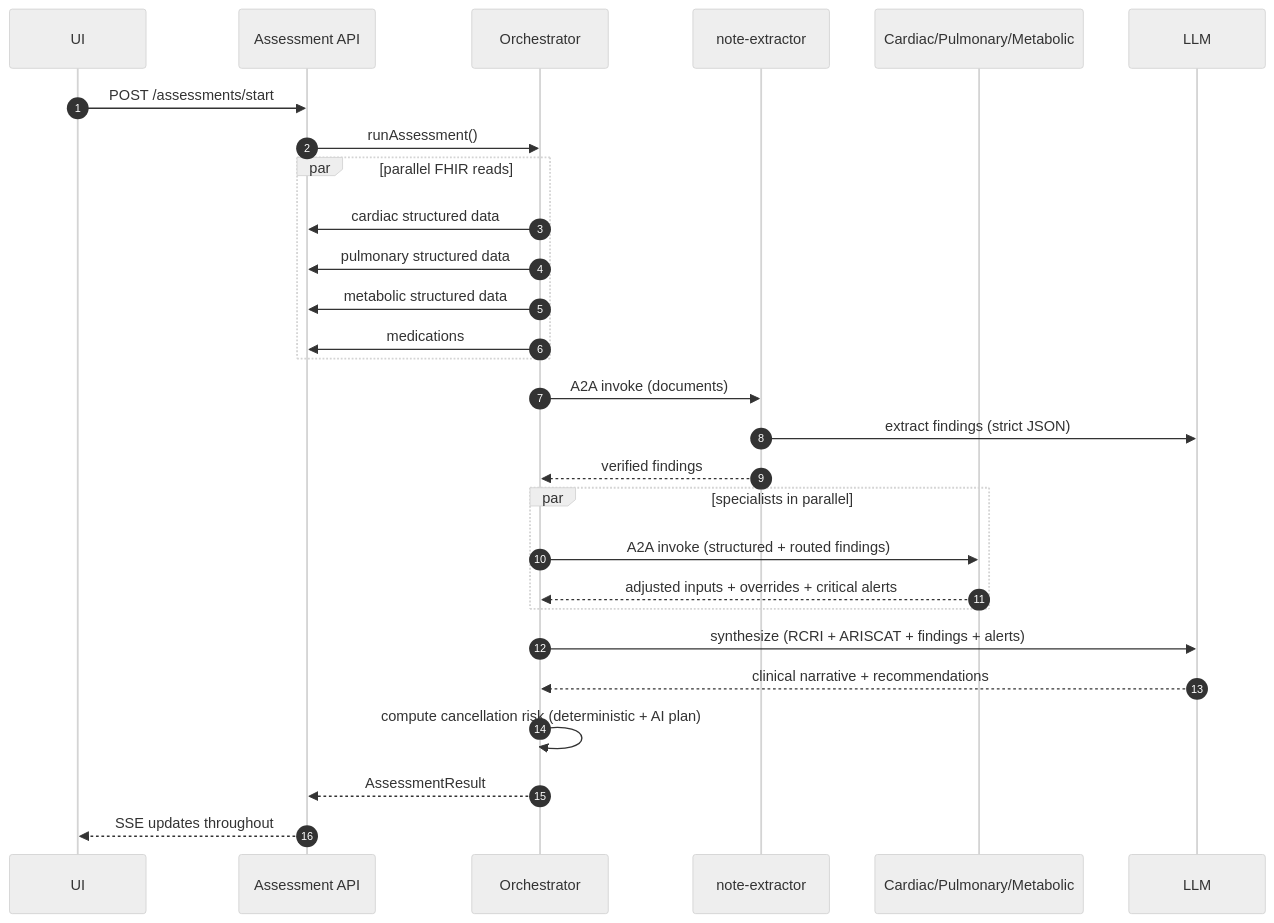
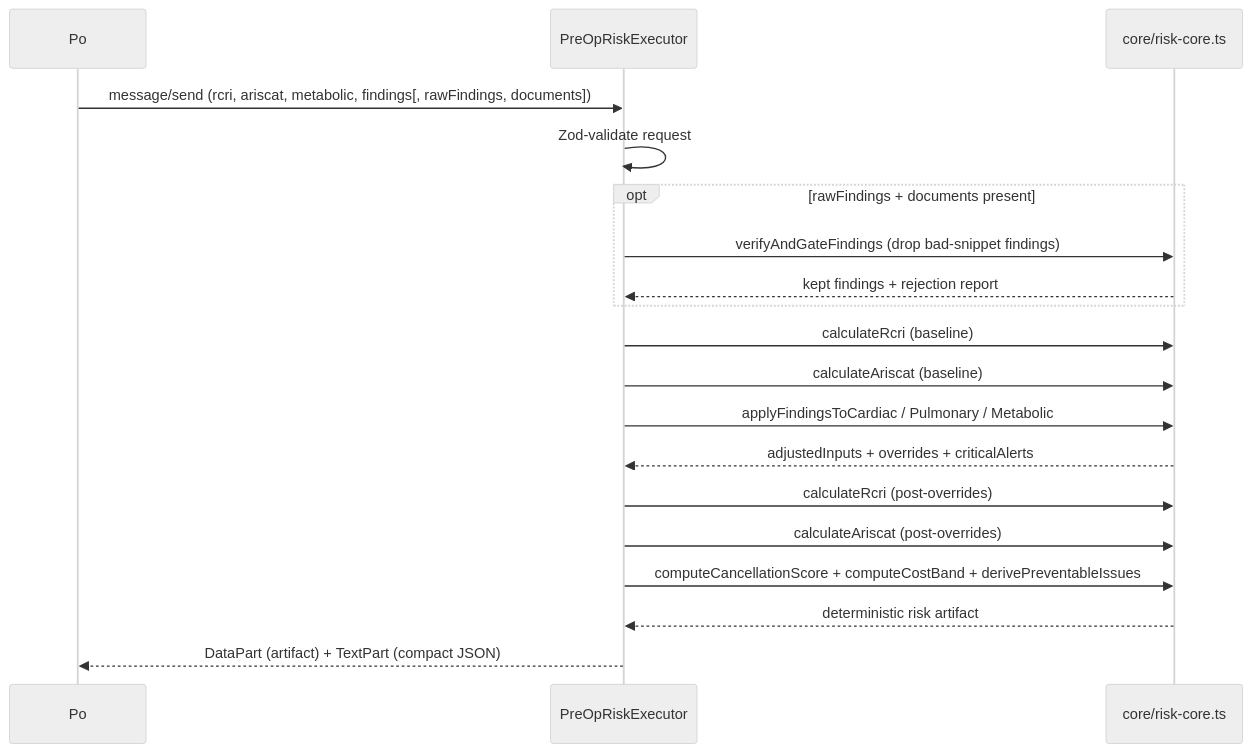
Before and after one commit to yatinkalra22/preop-intel: the second of 2 diagrams in docs/ARCHITECTURE.md, drawn with Mermaid (neutral theme). The commit also changed other lines of this file and 62 other files, not shown here.

Commit message:
refactor(po): collapse to Po-only architecture, fix audit findings

````diff
--- a/docs/ARCHITECTURE.md
+++ b/docs/ARCHITECTURE.md
@@ -131,31 +148,22 @@
 ```mermaid
 sequenceDiagram
-    autonumber
-    participant UI
-    participant API as Assessment API
-    participant Orch as Orchestrator
-    participant NX as note-extractor
-    participant Spec as Cardiac/Pulmonary/Metabolic
-    participant LLM
+    participant Po
+    participant Exec as PreOpRiskExecutor
+    participant Core as core/risk-core.ts
 
-    UI->>API: POST /assessments/start
-    API->>Orch: runAssessment()
-    par parallel FHIR reads
-      Orch->>API: cardiac structured data
-      Orch->>API: pulmonary structured data
-      Orch->>API: metabolic structured data
-      Orch->>API: medications
+    Po->>Exec: message/send (rcri, ariscat, metabolic, findings[, rawFindings, documents])
+    Exec->>Exec: Zod-validate request
+    opt rawFindings + documents present
+      Exec->>Core: verifyAndGateFindings (drop bad-snippet findings)
+      Core-->>Exec: kept findings + rejection report
     end
-    Orch->>NX: A2A invoke (documents)
-    NX->>LLM: extract findings (strict JSON)
-    NX-->>Orch: verified findings
-    par specialists in parallel
-      Orch->>Spec: A2A invoke (structured + routed findings)
-      Spec-->>Orch: adjusted inputs + overrides + critical alerts
-    end
-    Orch->>LLM: synthesize (RCRI + ARISCAT + findings + alerts)
-    LLM-->>Orch: clinical narrative + recommendations
-    Orch->>Orch: compute cancellation risk (deterministic + AI plan)
-    Orch-->>API: AssessmentResult
-    API-->>UI: SSE updates throughout
+    Exec->>Core: calculateRcri (baseline)
+    Exec->>Core: calculateAriscat (baseline)
+    Exec->>Core: applyFindingsToCardiac / Pulmonary / Metabolic
+    Core-->>Exec: adjustedInputs + overrides + criticalAlerts
+    Exec->>Core: calculateRcri (post-overrides)
+    Exec->>Core: calculateAriscat (post-overrides)
+    Exec->>Core: computeCancellationScore + computeCostBand + derivePreventableIssues
+    Core-->>Exec: deterministic risk artifact
+    Exec-->>Po: DataPart (artifact) + TextPart (compact JSON)
 ```
````
